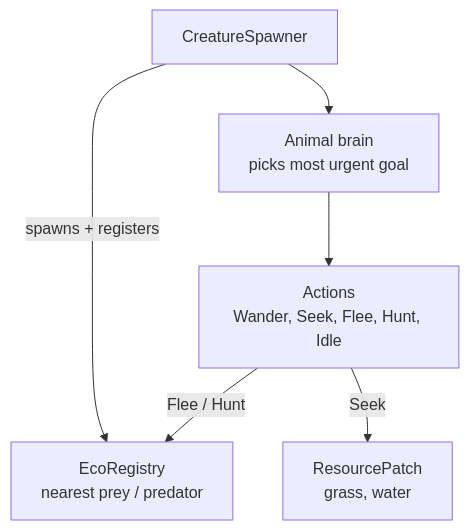
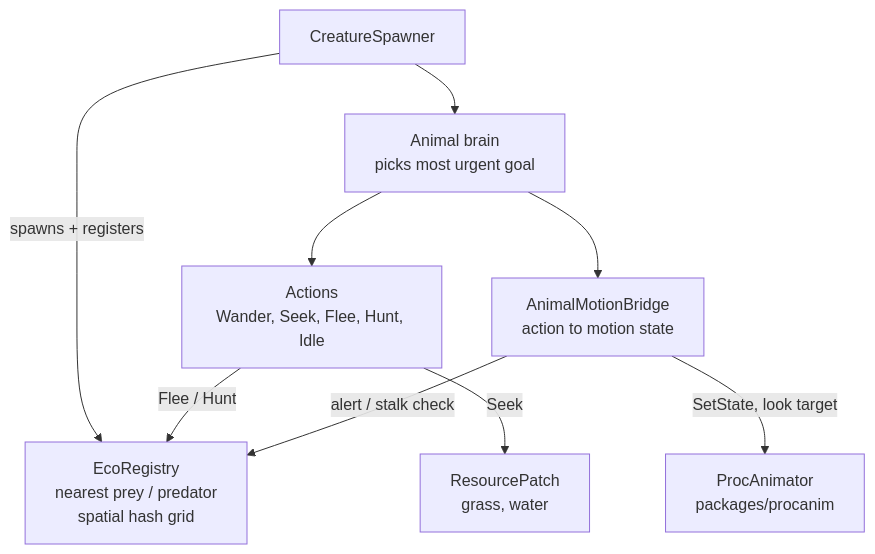
One commit to Jarrodtan/Project_5_99Bugs changed the third of 3 diagrams in docs/architecture.md. Above: the diagram before and after it, drawn with Mermaid. The commit also changed other lines of this file and 5 other files, not shown here.

First line of the commit message:
Docs: procedural animation module, spatial grid, nightly CI

````diff
--- a/docs/architecture.md
+++ b/docs/architecture.md
@@ -72,14 +75,19 @@
 ```mermaid
 flowchart TB
     SPN["CreatureSpawner"]
     BRN["Animal brain<br/>picks most urgent goal"]
     ACT["Actions<br/>Wander, Seek, Flee, Hunt, Idle"]
-    REG["EcoRegistry<br/>nearest prey / predator"]
+    REG["EcoRegistry<br/>nearest prey / predator<br/>spatial hash grid"]
     PATCH["ResourcePatch<br/>grass, water"]
+    BRG["AnimalMotionBridge<br/>action to motion state"]
+    PA["ProcAnimator<br/>packages/procanim"]
 
     SPN -- "spawns + registers" --> REG
     SPN --> BRN
     BRN --> ACT
     ACT -- "Flee / Hunt" --> REG
     ACT -- "Seek" --> PATCH
+    BRN --> BRG
+    BRG -- "alert / stalk check" --> REG
+    BRG -- "SetState, look target" --> PA
 ```
````
